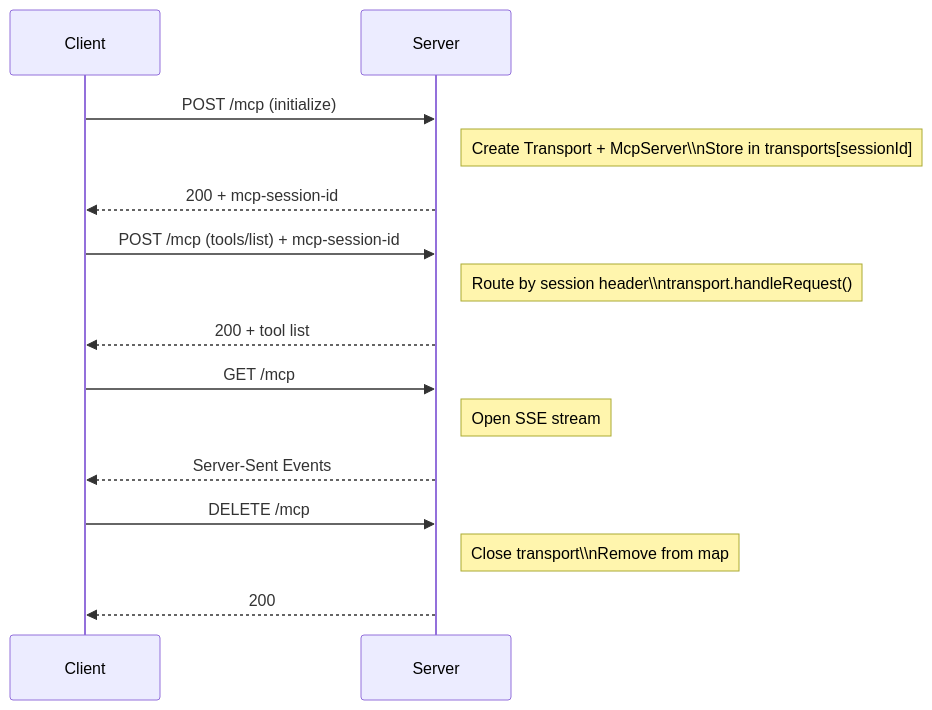
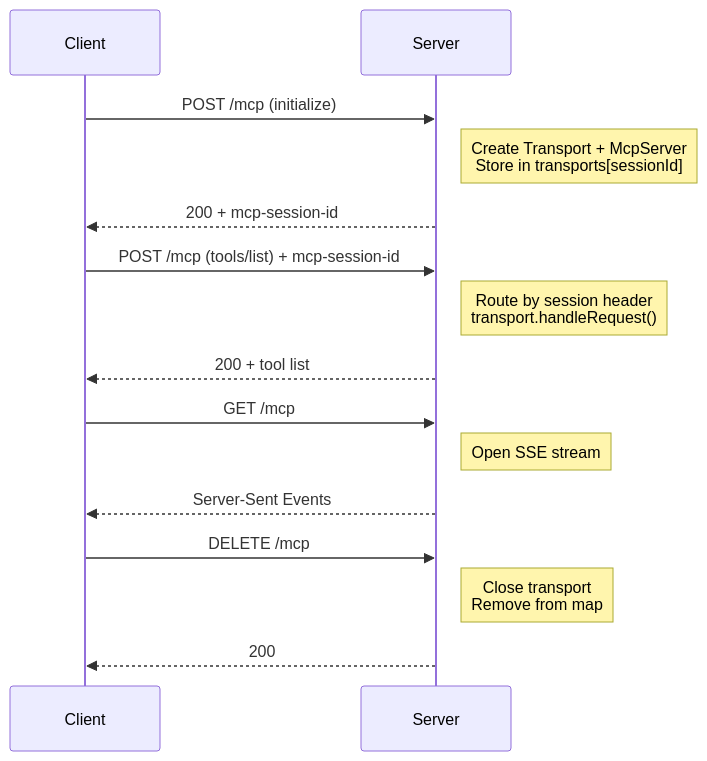
The diagram in tools/mcp-collab/README.md (uxmaltech/collab-architecture), drawn with Mermaid before and after one commit.

Commit message:
docs(mcp-collab): fix mermaid line breaks in session lifecycle

````diff
--- a/tools/mcp-collab/README.md
+++ b/tools/mcp-collab/README.md
@@ -102,21 +102,21 @@
 ```mermaid
 sequenceDiagram
   participant C as Client
   participant S as Server
 
   C->>S: POST /mcp (initialize)
-  Note right of S: Create Transport + McpServer\\nStore in transports[sessionId]
+  Note right of S: Create Transport + McpServer<br/>Store in transports[sessionId]
   S-->>C: 200 + mcp-session-id
 
   C->>S: POST /mcp (tools/list) + mcp-session-id
-  Note right of S: Route by session header\\ntransport.handleRequest()
+  Note right of S: Route by session header<br/>transport.handleRequest()
   S-->>C: 200 + tool list
 
   C->>S: GET /mcp
   Note right of S: Open SSE stream
   S-->>C: Server-Sent Events
 
   C->>S: DELETE /mcp
-  Note right of S: Close transport\\nRemove from map
+  Note right of S: Close transport<br/>Remove from map
   S-->>C: 200
 ```
````
